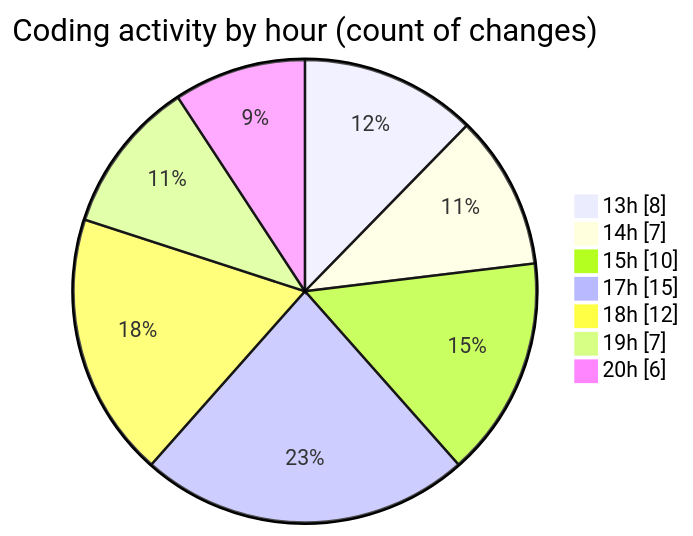
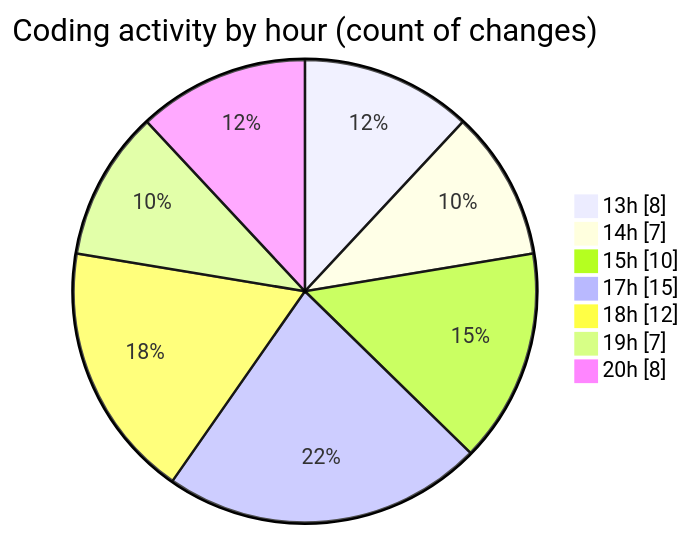
One commit to BS-eng2023/code-tracking changed the second of 2 diagrams in 2025-04-03/jsvms/README.md. Above: the diagram before and after it, drawn with Mermaid. The commit also changed other lines of this file and 1 other file, not shown here.

````diff
--- a/2025-04-03/jsvms/README.md
+++ b/2025-04-03/jsvms/README.md
@@ -41,11 +43,11 @@
 ```mermaid
 pie showData
 title Coding activity by hour (count of changes)
 "13h" : 8
 "14h" : 7
 "15h" : 10
 "17h" : 15
 "18h" : 12
 "19h" : 7
-"20h" : 6
+"20h" : 8
 ```
````
